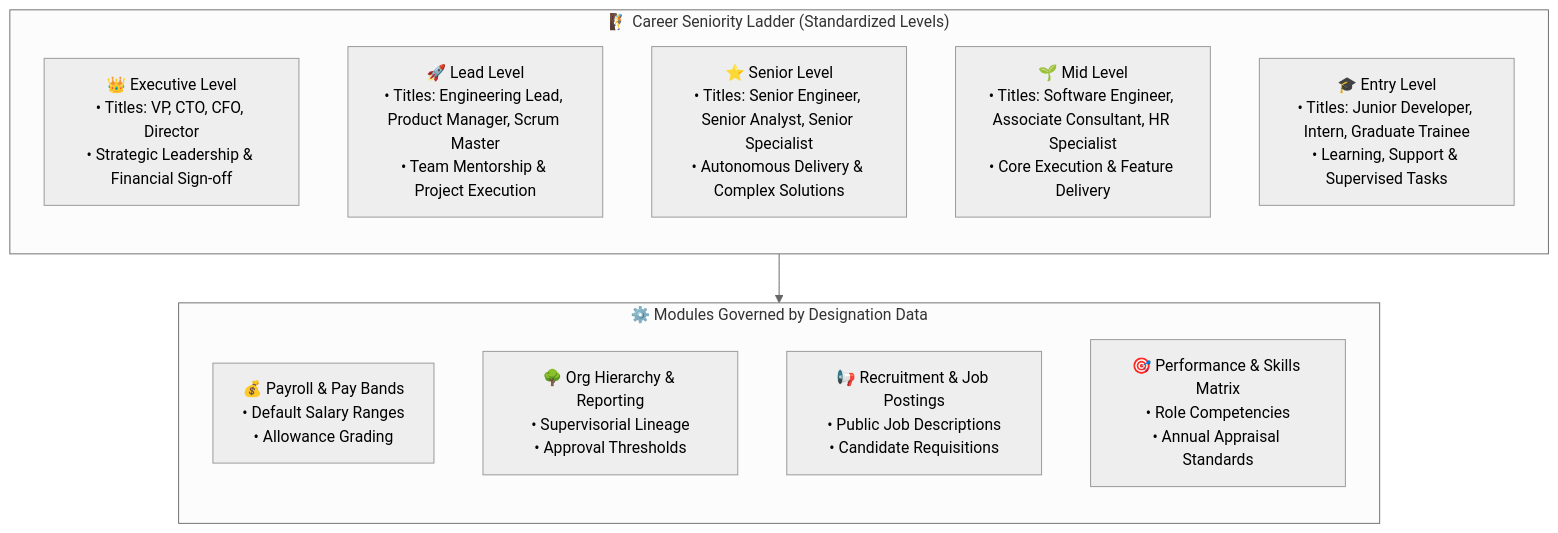
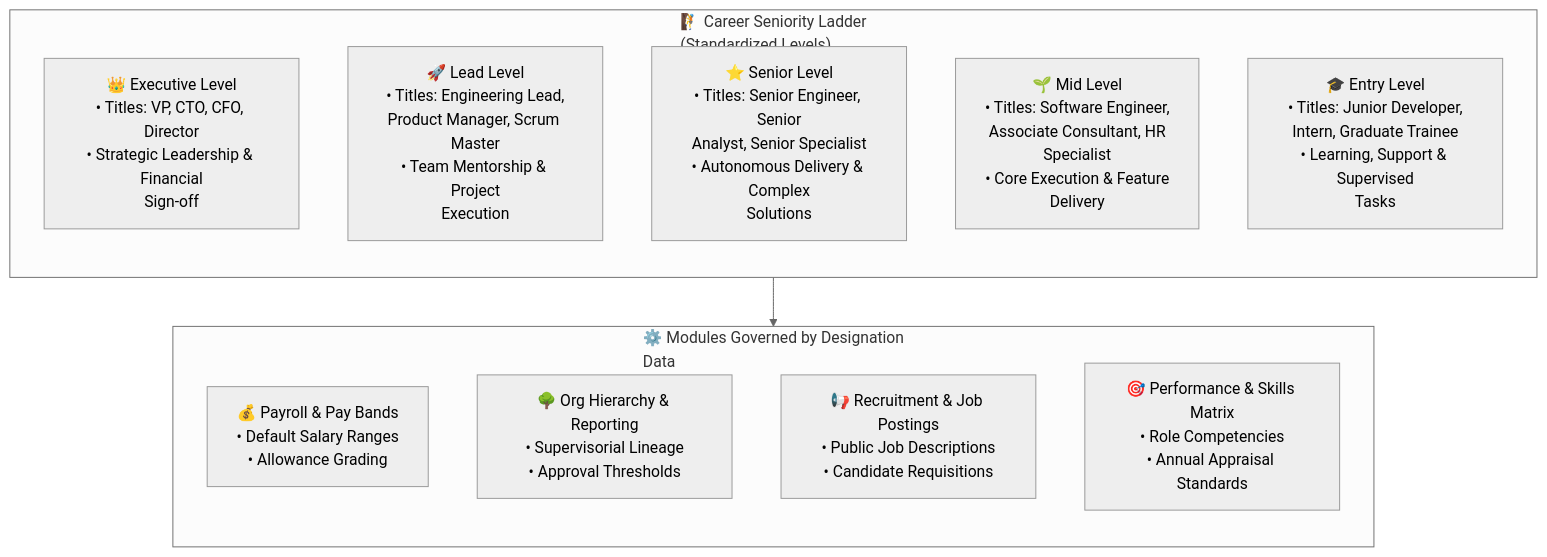
One commit to SRJ-GROUP/hubnest_user_guide changed the diagram in docs/hrms/designations.md. Above: the diagram before and after it, drawn with Mermaid (neutral theme). The commit also changed 161 other files, not shown here.

Commit message:
feat: complete HubMeet suite, supervisor portal docs, diagram fixes, and interactive eye-button zoom modal

````diff
--- a/docs/hrms/designations.md
+++ b/docs/hrms/designations.md
@@ -24,21 +24,21 @@
 ```mermaid
 graph TB
-    subgraph LevelsLadder["🧗 Career Seniority Ladder (Standardized Levels)"]
+    subgraph LevelsLadder["🧗 Career Seniority Ladder<br/>(Standardized Levels)"]
         direction TB
-        L5["👑 Executive Level<br/>• Titles: VP, CTO, CFO, Director<br/>• Strategic Leadership & Financial Sign-off"]
-        L4["🚀 Lead Level<br/>• Titles: Engineering Lead, Product Manager, Scrum Master<br/>• Team Mentorship & Project Execution"]
-        L3["⭐ Senior Level<br/>• Titles: Senior Engineer, Senior Analyst, Senior Specialist<br/>• Autonomous Delivery & Complex Solutions"]
-        L2["🌱 Mid Level<br/>• Titles: Software Engineer, Associate Consultant, HR Specialist<br/>• Core Execution & Feature Delivery"]
-        L1["🎓 Entry Level<br/>• Titles: Junior Developer, Intern, Graduate Trainee<br/>• Learning, Support & Supervised Tasks"]
+        L5["👑 Executive Level<br/>• Titles: VP, CTO, CFO, Director<br/>• Strategic Leadership & Financial<br/>Sign-off"]
+        L4["🚀 Lead Level<br/>• Titles: Engineering Lead,<br/>Product Manager, Scrum Master<br/>• Team Mentorship & Project<br/>Execution"]
+        L3["⭐ Senior Level<br/>• Titles: Senior Engineer, Senior<br/>Analyst, Senior Specialist<br/>• Autonomous Delivery & Complex<br/>Solutions"]
+        L2["🌱 Mid Level<br/>• Titles: Software Engineer,<br/>Associate Consultant, HR<br/>Specialist<br/>• Core Execution & Feature<br/>Delivery"]
+        L1["🎓 Entry Level<br/>• Titles: Junior Developer,<br/>Intern, Graduate Trainee<br/>• Learning, Support & Supervised<br/>Tasks"]
     end
 
-    subgraph ImpactAreas["⚙️ Modules Governed by Designation Data"]
+    subgraph ImpactAreas["⚙️ Modules Governed by Designation<br/>Data"]
         direction TB
         I1["💰 Payroll & Pay Bands<br/>• Default Salary Ranges<br/>• Allowance Grading"]
         I2["🌳 Org Hierarchy & Reporting<br/>• Supervisorial Lineage<br/>• Approval Thresholds"]
         I3["📢 Recruitment & Job Postings<br/>• Public Job Descriptions<br/>• Candidate Requisitions"]
         I4["🎯 Performance & Skills Matrix<br/>• Role Competencies<br/>• Annual Appraisal Standards"]
     end
 
     LevelsLadder --> ImpactAreas
 ```
````
